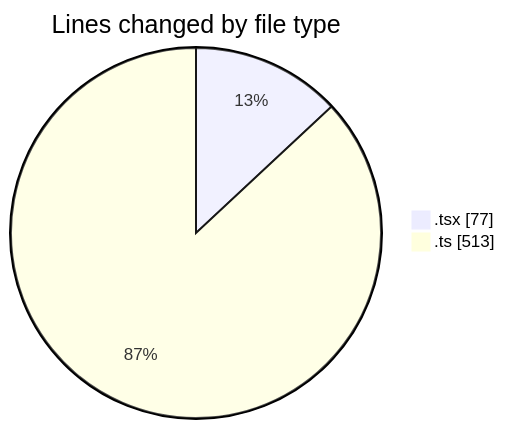
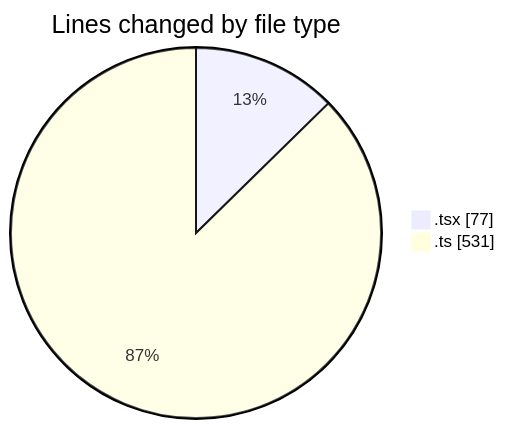
The first of 2 diagrams in 2025-01-22/mbc-web/README.md (robertbonfada/code-tracking), drawn with Mermaid before and after one commit. The commit also changed other lines of this file and 1 other file, not shown here.

````diff
--- a/2025-01-22/mbc-web/README.md
+++ b/2025-01-22/mbc-web/README.md
@@ -23,6 +23,6 @@
 ```mermaid
 pie showData
 title Lines changed by file type
 ".tsx" : 77
-".ts" : 513
+".ts" : 531
 ```
````
